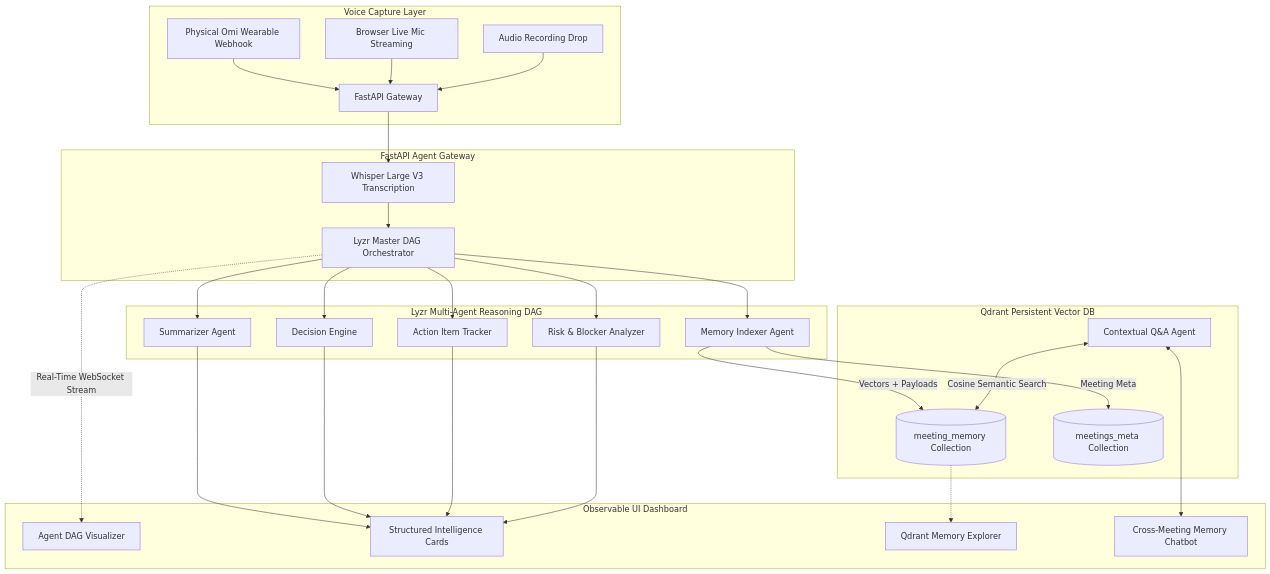
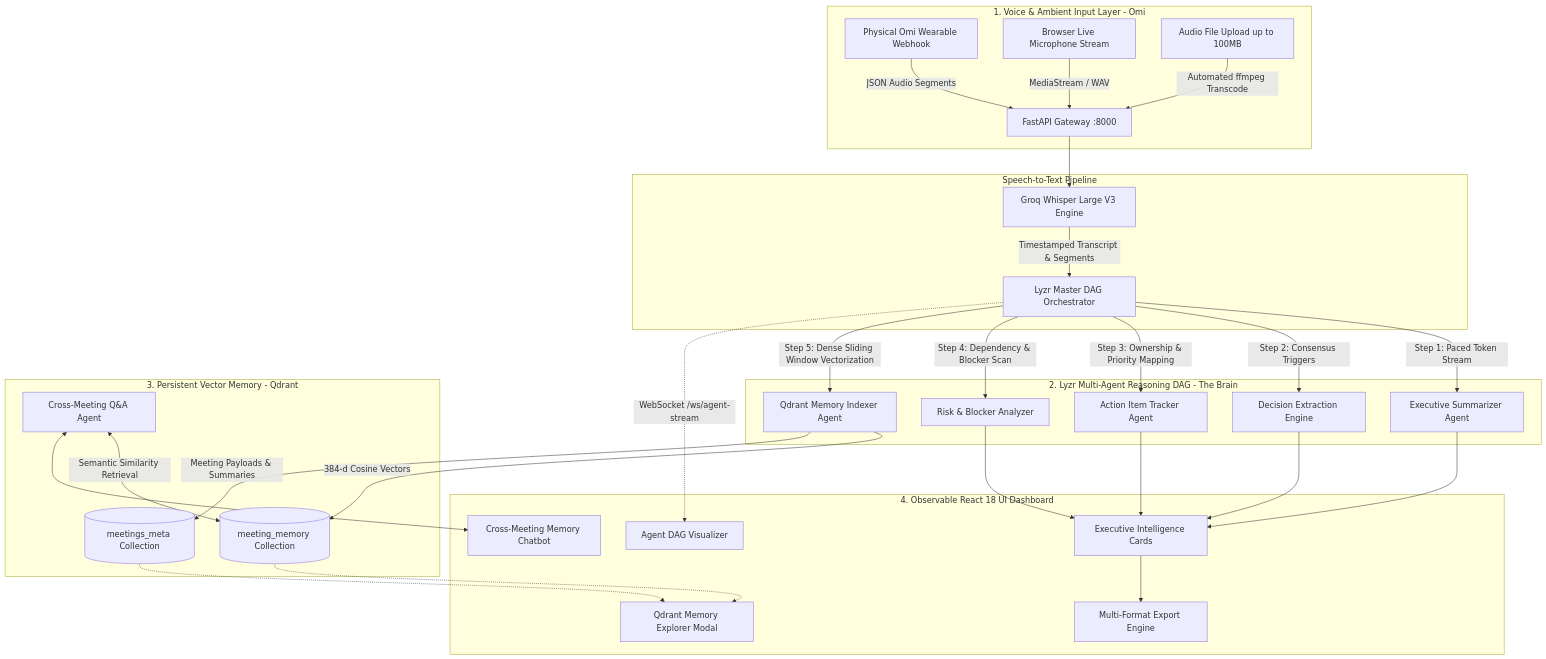
Before and after one commit to DhruvPatel0110/SPSAH-26-MeetSight: the diagram in README.md, drawn with Mermaid. The commit also changed other lines of this file, not shown here.

Commit message:
docs: comprehensive README with triad architecture, observable agent DAG, API reference & test benchmarks

````diff
--- a/README.md
+++ b/README.md
@@ -51,34 +108,35 @@
 ```mermaid
 graph TD
-    subgraph VoiceInput [Voice Capture Layer]
-        A1[Physical Omi Wearable Webhook] --> B[FastAPI Gateway]
-        A2[Browser Live Mic Streaming] --> B
-        A3[Audio Recording Drop] --> B
+    subgraph CaptureLayer [1. Voice & Ambient Input Layer - Omi]
+        A1[Physical Omi Wearable Webhook] -->|JSON Audio Segments| B[FastAPI Gateway :8000]
+        A2[Browser Live Microphone Stream] -->|MediaStream / WAV| B
+        A3[Audio File Upload up to 100MB] -->|Automated ffmpeg Transcode| B
     end
 
-    subgraph BackendGateway [FastAPI Agent Gateway]
-        B --> C[Whisper Large V3 Transcription]
-        C --> D[Lyzr Master DAG Orchestrator]
+    subgraph SpeechEngine [Speech-to-Text Pipeline]
+        B --> C[Groq Whisper Large V3 Engine]
+        C -->|Timestamped Transcript & Segments| D[Lyzr Master DAG Orchestrator]
     end
 
-    subgraph LyzrDAG [Lyzr Multi-Agent Reasoning DAG]
-        D --> E1[Summarizer Agent]
-        D --> E2[Decision Engine]
-        D --> E3[Action Item Tracker]
-        D --> E4[Risk & Blocker Analyzer]
-        D --> E5[Memory Indexer Agent]
+    subgraph LyzrDAG [2. Lyzr Multi-Agent Reasoning DAG - The Brain]
+        D -->|Step 1: Paced Token Stream| E1[Executive Summarizer Agent]
+        D -->|Step 2: Consensus Triggers| E2[Decision Extraction Engine]
+        D -->|Step 3: Ownership & Priority Mapping| E3[Action Item Tracker Agent]
+        D -->|Step 4: Dependency & Blocker Scan| E4[Risk & Blocker Analyzer]
+        D -->|Step 5: Dense Sliding Window Vectorization| E5[Qdrant Memory Indexer Agent]
     end
 
-    subgraph QdrantMemory [Qdrant Persistent Vector DB]
-        E5 -->|Vectors + Payloads| F1[(meeting_memory Collection)]
-        E5 -->|Meeting Meta| F2[(meetings_meta Collection)]
-        G[Contextual Q&A Agent] <-->|Cosine Semantic Search| F1
+    subgraph QdrantMemory [3. Persistent Vector Memory - Qdrant]
+        E5 -->|384-d Cosine Vectors| F1[(meeting_memory Collection)]
+        E5 -->|Meeting Payloads & Summaries| F2[(meetings_meta Collection)]
+        G[Cross-Meeting Q&A Agent] <-->|Semantic Similarity Retrieval| F1
     end
 
-    subgraph FrontendUI [Observable UI Dashboard]
-        D -.->|Real-Time WebSocket Stream| H[Agent DAG Visualizer]
-        E1 & E2 & E3 & E4 --> I[Structured Intelligence Cards]
-        F1 -.-> J[Qdrant Memory Explorer]
+    subgraph ObservableUI [4. Observable React 18 UI Dashboard]
+        D -.->|WebSocket /ws/agent-stream| H[Agent DAG Visualizer]
+        E1 & E2 & E3 & E4 --> I[Executive Intelligence Cards]
+        F1 & F2 -.-> J[Qdrant Memory Explorer Modal]
         G <--> K[Cross-Meeting Memory Chatbot]
+        I --> L[Multi-Format Export Engine]
     end
 ```
````
